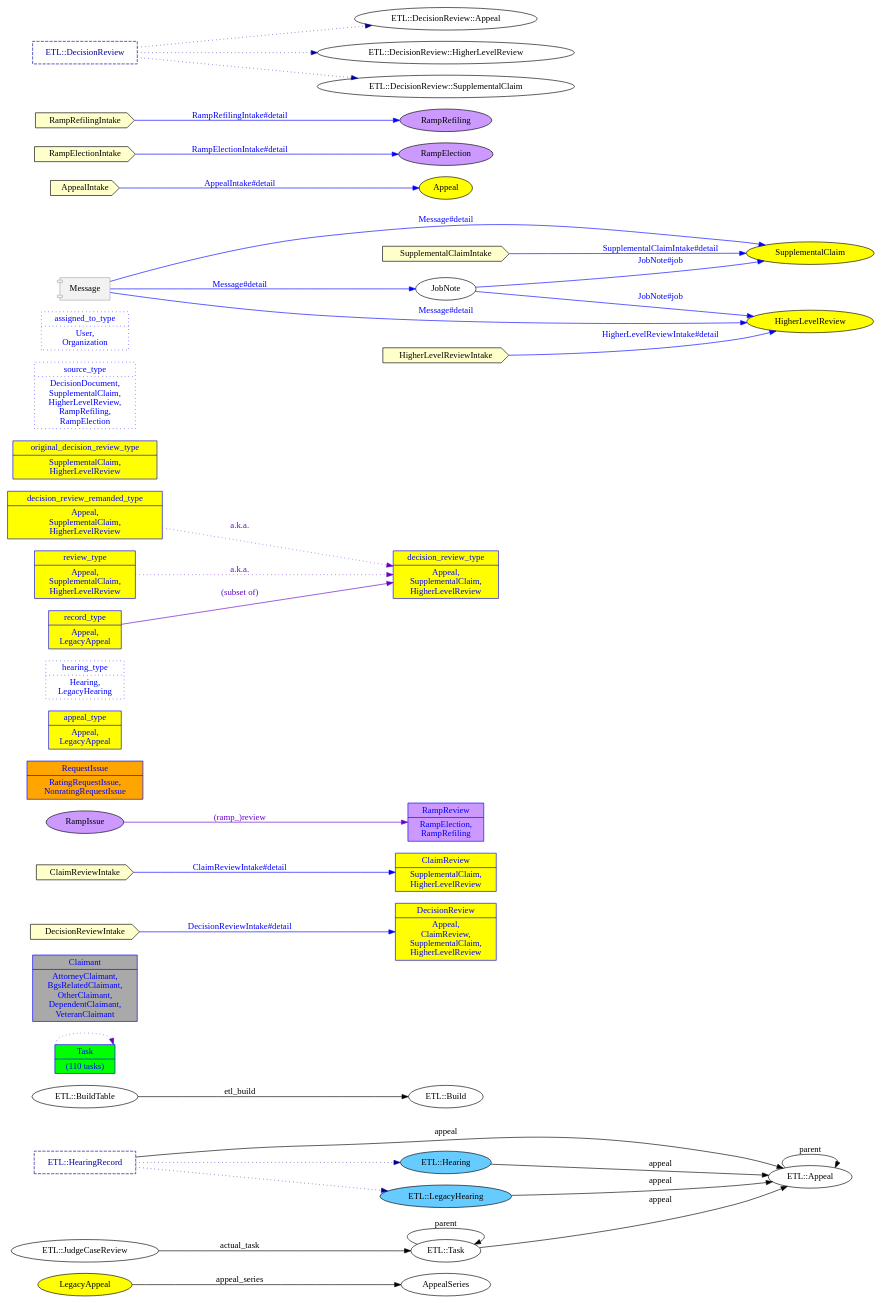
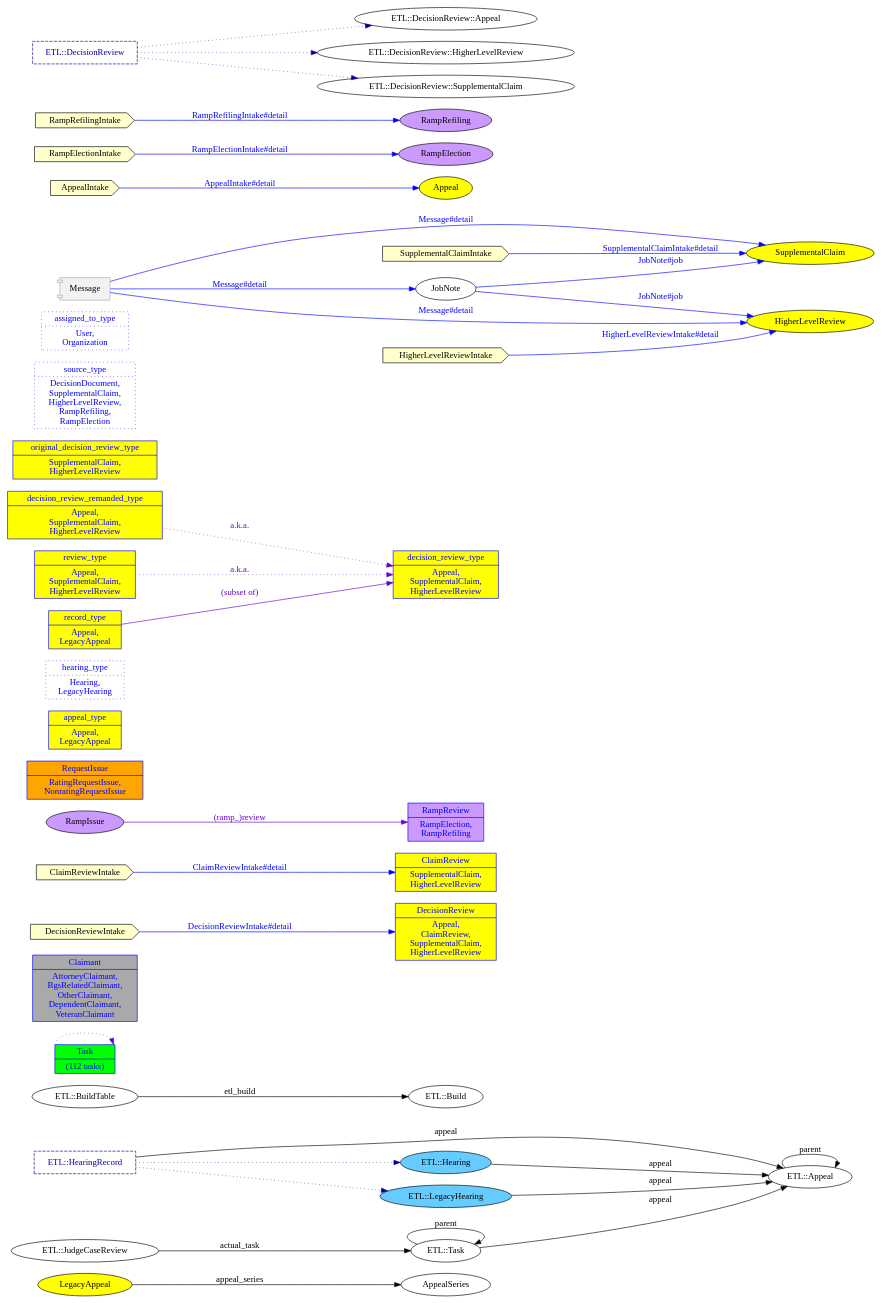
Before and after one commit to department-of-veterans-affairs/caseflow: the diagram in __task_trees/content/schema/make_docs/etl-belongs_to_erd-subclasses.dot, drawn with Graphviz. The commit also changed 98 other files, not shown here.

Commit message:
`make docs` GH Action: automatically update DB schema documentation files

```diff
--- a/__task_trees/content/schema/make_docs/etl-belongs_to_erd-subclasses.dot
+++ b/__task_trees/content/schema/make_docs/etl-belongs_to_erd-subclasses.dot
@@ -65,7 +65,7 @@
 	Task	[color="#0000ff",
 		fillcolor="#00ff00",
 		fontcolor="#0000ff",
-		label="Task|(110 tasks)",
+		label="Task|(112 tasks)",
 		shape=record,
 		style=filled,
 		];
```
